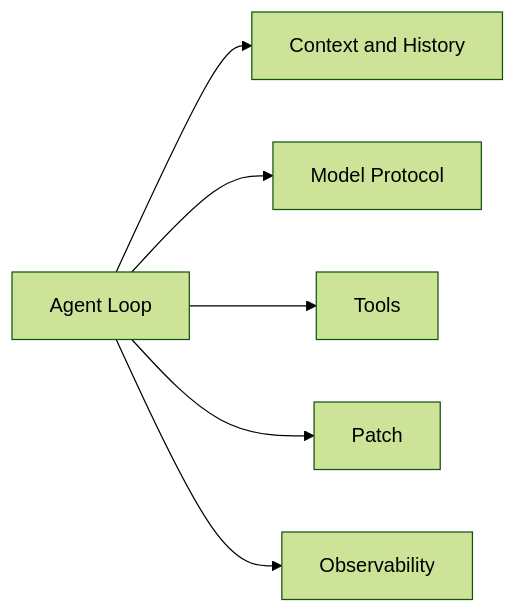
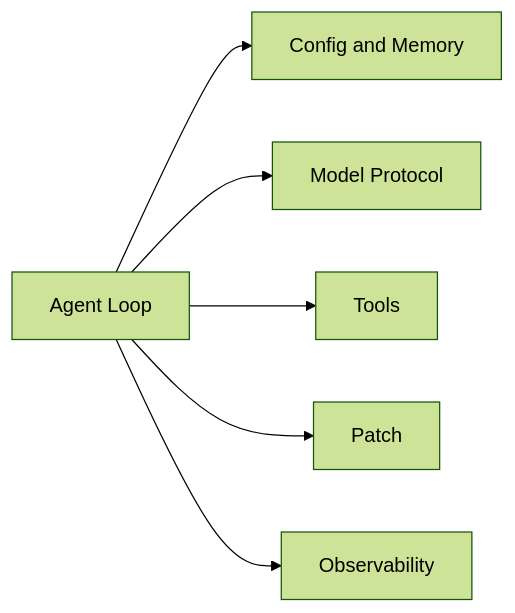
Before and after one commit to mtov/minixx: the second of 2 diagrams in README.md, drawn with Mermaid (forest theme). The commit also changed other lines of this file and 14 other files, not shown here.

````diff
--- a/README.md
+++ b/README.md
@@ -221,8 +221,8 @@
 ```mermaid
 flowchart LR
-    A[Agent Loop] --> B[Context and History]
+    A[Agent Loop] --> B[Config and Memory]
     A --> C[Model Protocol]
     A --> D[Tools]
     A --> E[Patch]
     A --> F[Observability]
 ```
````
